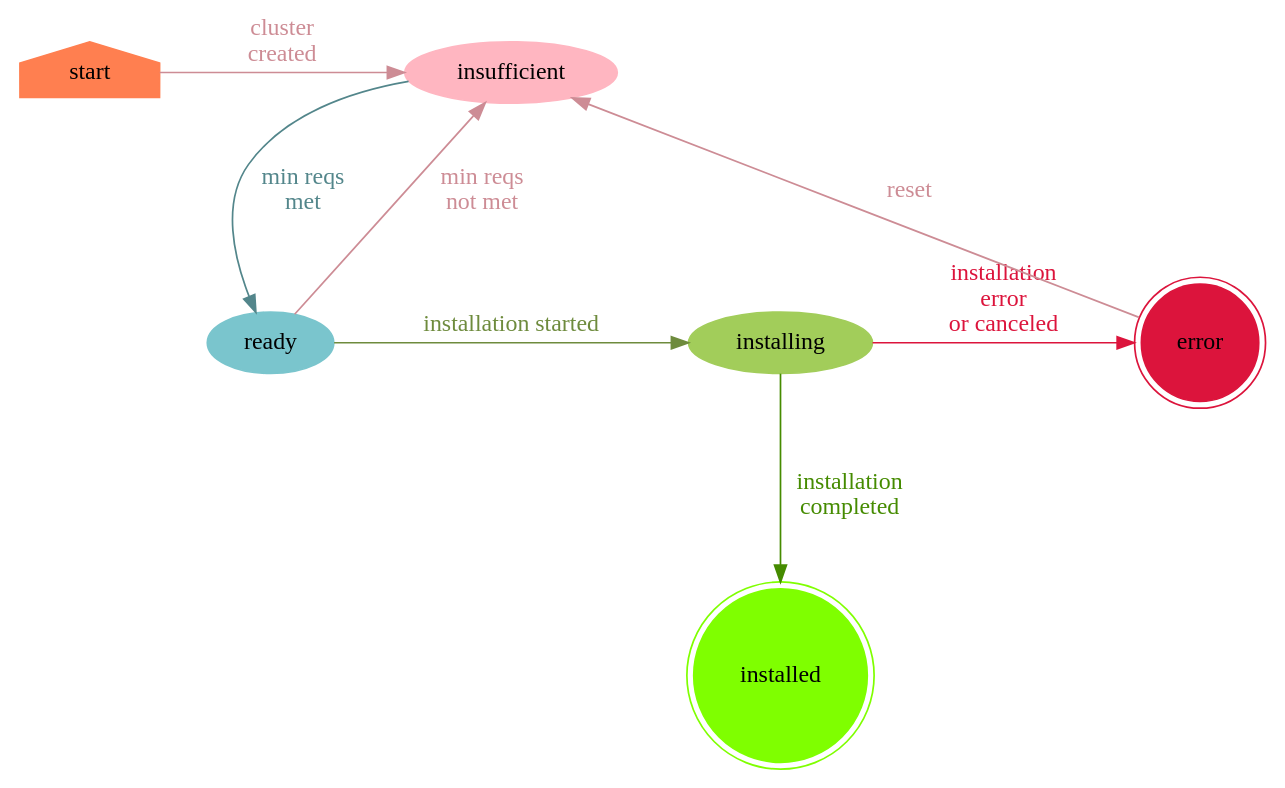
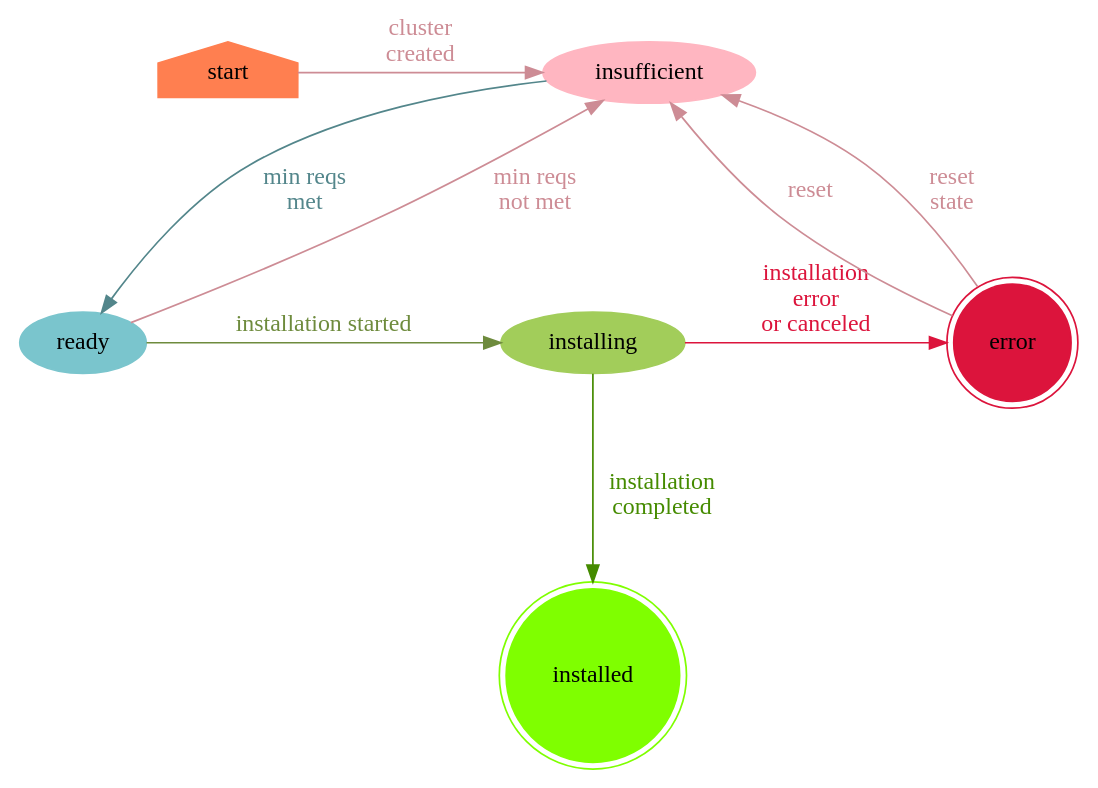
The diagram in docs/ClusterState.dot (openshift/assisted-service), drawn with Graphviz before and after one commit. The commit also changed 1 other file, not shown here.

Commit message:
MGMT-1099: Add api to reset cluster state (swagger+docs)

```diff
--- a/docs/ClusterState.dot
+++ b/docs/ClusterState.dot
@@ -1,25 +1,26 @@
 digraph ClusterStateMachine {
     graph [nodesep = "1.0", ranksep = "1.0"];
     node [style = filled];
 
     start [shape = house, color = coral];
     insufficient [color = lightpink];
     ready [color = cadetblue3];
     installing [color = darkolivegreen3];
     installed [shape = doublecircle, color = chartreuse];
     error [shape = doublecircle, color = crimson];
 
     start -> insufficient [label = "cluster\ncreated", color=lightpink3, fontcolor=lightpink3];
     insufficient -> ready [label = "min reqs\nmet", color=cadetblue4, fontcolor=cadetblue4];
     ready -> insufficient [label = "min reqs\nnot met", color=lightpink3, fontcolor=lightpink3];
     error -> insufficient [label = "reset", color=lightpink3, fontcolor=lightpink3];
     ready -> installing [label = "installation started", color=darkolivegreen4, fontcolor=darkolivegreen4];
     installing -> installed [label = "installation\ncompleted", color=chartreuse4, fontcolor=chartreuse4];
     installing -> error [label = "installation\nerror\nor canceled", color=crimson, fontcolor=crimson];
+    error -> insufficient [label = "reset\nstate", color=lightpink3, fontcolor=lightpink3];
 
     {rank=min; start}
     {rank=max; installed}
     {rank=same; start; insufficient}
     {rank=same; ready; installing; error}
     {rank=same; installed}
 }
```
